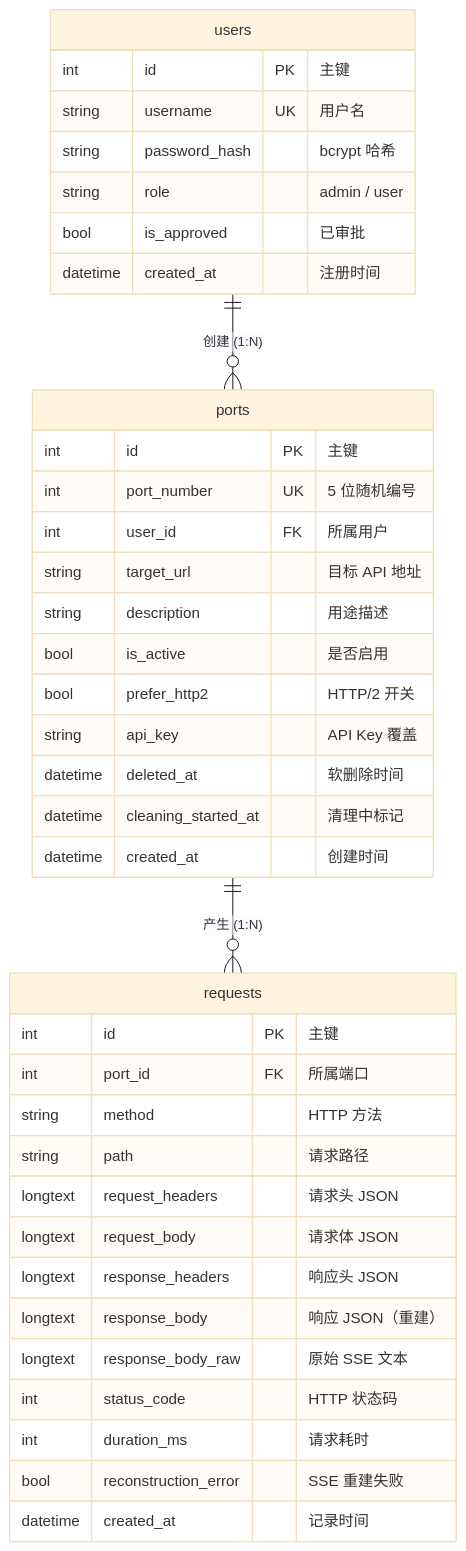
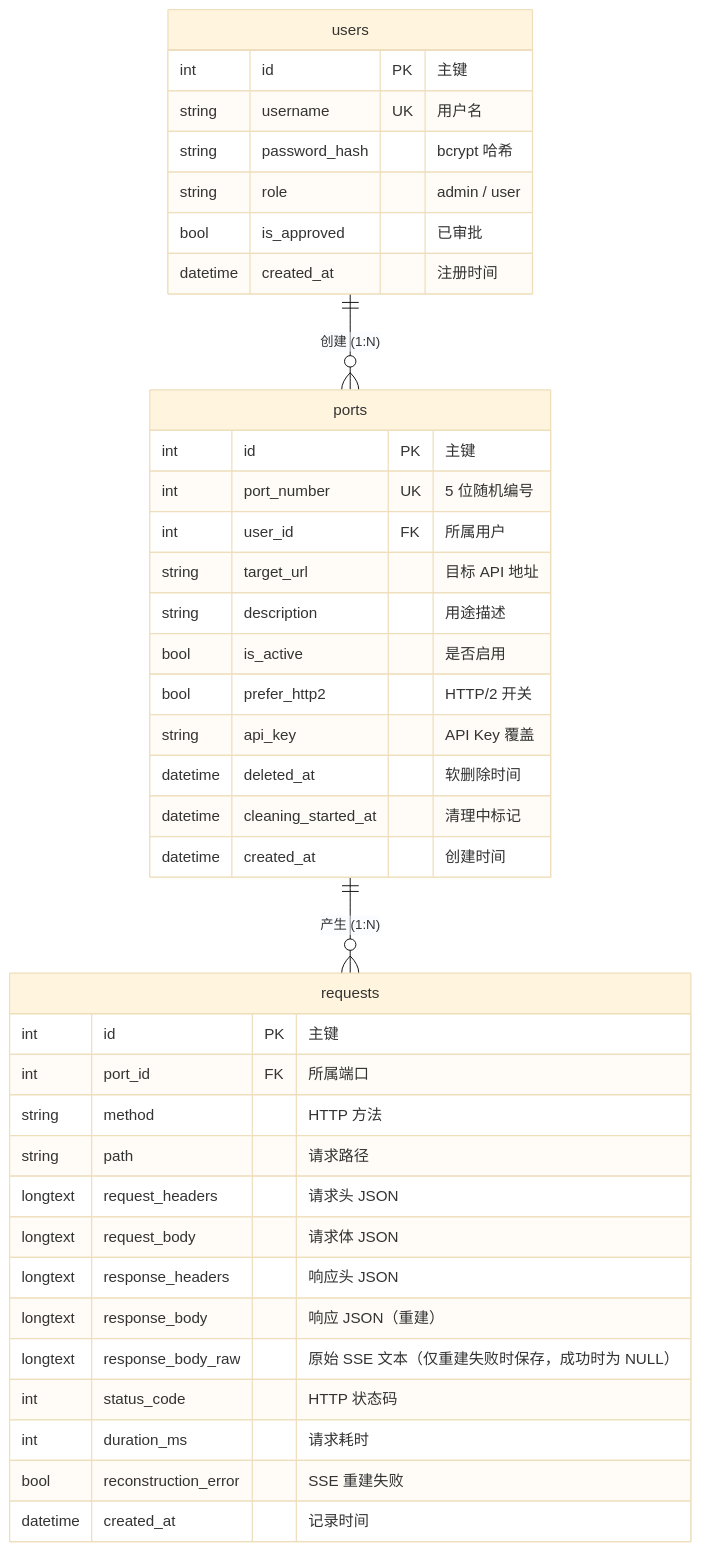
One commit to HaoCheng-Wang/llm-proxy changed diagram 12 of 31 in README.md. Above: the diagram before and after it, drawn with Mermaid (base theme). The commit also changed other lines of this file and 3 other files, not shown here.

````diff
--- a/README.md
+++ b/README.md
@@ -874,44 +933,44 @@
 ```mermaid
 erDiagram
     users ||--o{ ports : "创建 (1:N)"
     ports ||--o{ requests : "产生 (1:N)"
 
     users {
         int id PK "主键"
         string username UK "用户名"
         string password_hash "bcrypt 哈希"
         string role "admin / user"
         bool is_approved "已审批"
         datetime created_at "注册时间"
     }
 
     ports {
         int id PK "主键"
         int port_number UK "5 位随机编号"
         int user_id FK "所属用户"
         string target_url "目标 API 地址"
         string description "用途描述"
         bool is_active "是否启用"
         bool prefer_http2 "HTTP/2 开关"
         string api_key "API Key 覆盖"
         datetime deleted_at "软删除时间"
         datetime cleaning_started_at "清理中标记"
         datetime created_at "创建时间"
     }
 
     requests {
         int id PK "主键"
         int port_id FK "所属端口"
         string method "HTTP 方法"
         string path "请求路径"
         longtext request_headers "请求头 JSON"
         longtext request_body "请求体 JSON"
         longtext response_headers "响应头 JSON"
         longtext response_body "响应 JSON（重建）"
-        longtext response_body_raw "原始 SSE 文本"
+        longtext response_body_raw "原始 SSE 文本（仅重建失败时保存，成功时为 NULL）"
         int status_code "HTTP 状态码"
         int duration_ms "请求耗时"
         bool reconstruction_error "SSE 重建失败"
         datetime created_at "记录时间"
     }
 ```
````
